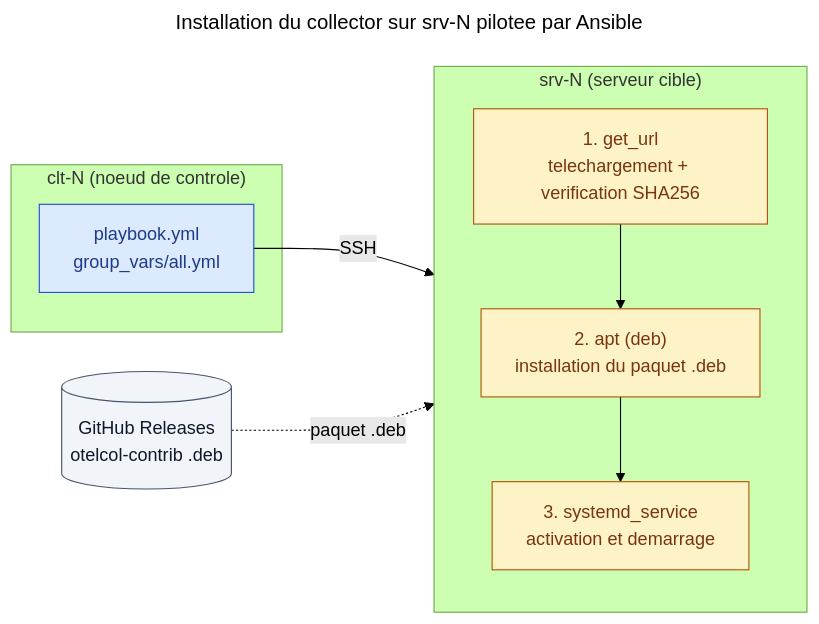
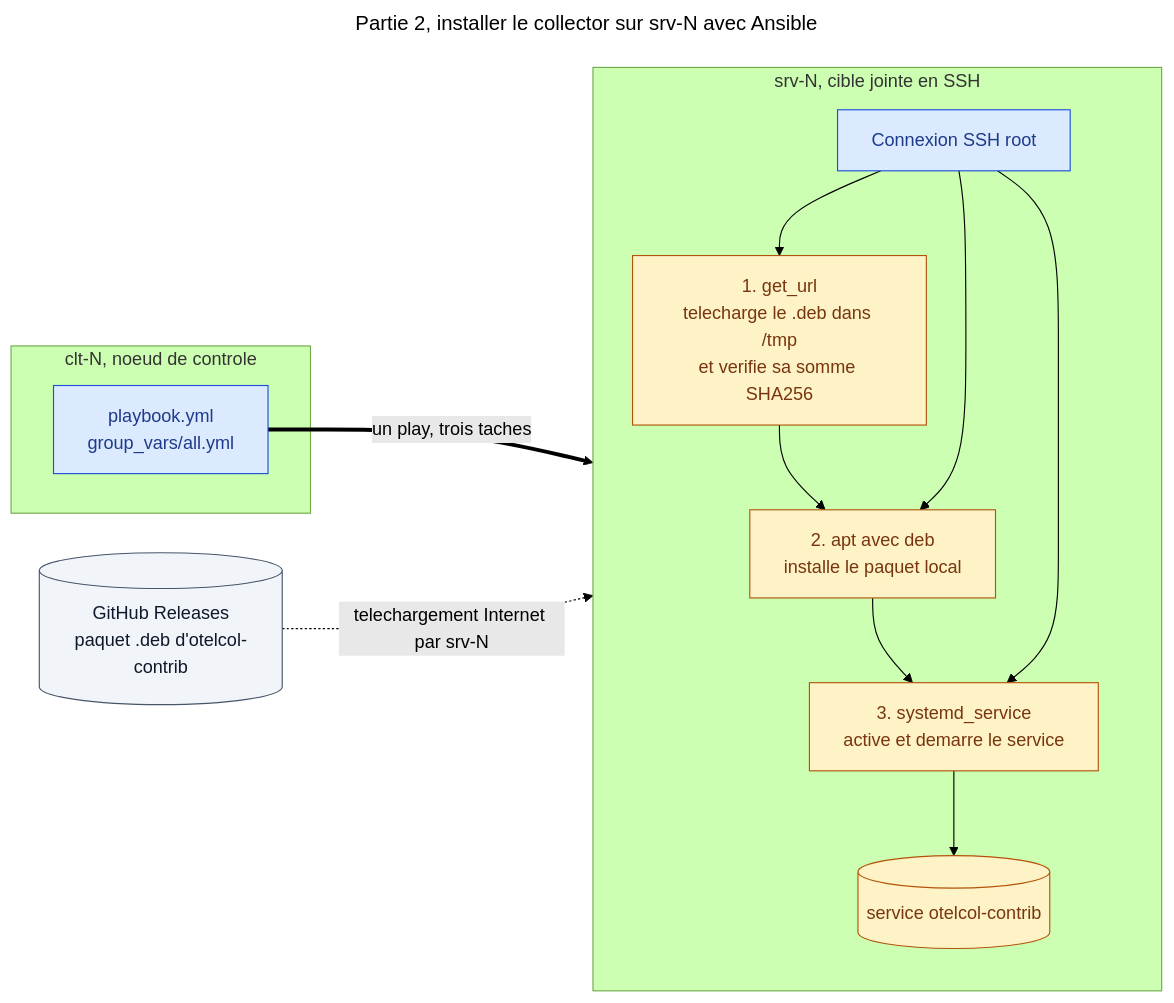
The second of 14 diagrams in Lab_04_Ansible_Jinja2.md (pragmatic-fermat/opentelemetry-labs), drawn with Mermaid (forest theme) before and after one commit. The commit also changed other lines of this file, not shown here.

First line of the commit message:
lab 4 : reprise des schemas Mermaid et ajouts pour la comprehension

````diff
--- a/Lab_04_Ansible_Jinja2.md
+++ b/Lab_04_Ansible_Jinja2.md
@@ -178,30 +189,35 @@
 ```mermaid
 ---
-title: Installation du collector sur srv-N pilotee par Ansible
+title: Partie 2, installer le collector sur srv-N avec Ansible
 ---
 flowchart LR
-  subgraph CLT["clt-N (noeud de controle)"]
+  subgraph CLT["clt-N, noeud de controle"]
     PB["playbook.yml<br/>group_vars/all.yml"]
   end
 
-  GH[("GitHub Releases<br/>otelcol-contrib .deb")]
+  GH[("GitHub Releases<br/>paquet .deb d'otelcol-contrib")]
 
-  subgraph SRV["srv-N (serveur cible)"]
+  subgraph SRV["srv-N, cible jointe en SSH"]
     direction TB
-    T1["1. get_url<br/>telechargement + verification SHA256"]
-    T2["2. apt (deb)<br/>installation du paquet .deb"]
-    T3["3. systemd_service<br/>activation et demarrage"]
-    T1 --> T2 --> T3
+    SH["Connexion SSH root"]
+    T1["1. get_url<br/>telecharge le .deb dans /tmp<br/>et verifie sa somme SHA256"]
+    T2["2. apt avec deb<br/>installe le paquet local"]
+    T3["3. systemd_service<br/>active et demarre le service"]
+    SV[("service otelcol-contrib")]
+    T1 --> T2 --> T3 --> SV
+    SH --> T1
+    SH --> T2
+    SH --> T3
   end
 
-  PB -->|"SSH"| T1
-  GH -.->|"paquet .deb"| T1
+  PB ==>|"un play, trois taches"| SH
+  GH -.->|"telechargement Internet par srv-N"| T1
 
   classDef ctrl fill:#dbeafe,stroke:#1d4ed8,color:#1e3a8a
   classDef task fill:#fef3c7,stroke:#b45309,color:#78350f
   classDef ext fill:#f1f5f9,stroke:#475569,color:#0f172a
 
-  class PB ctrl
-  class T1,T2,T3 task
+  class PB,SH ctrl
+  class T1,T2,T3,SV task
   class GH ext
 ```
````
